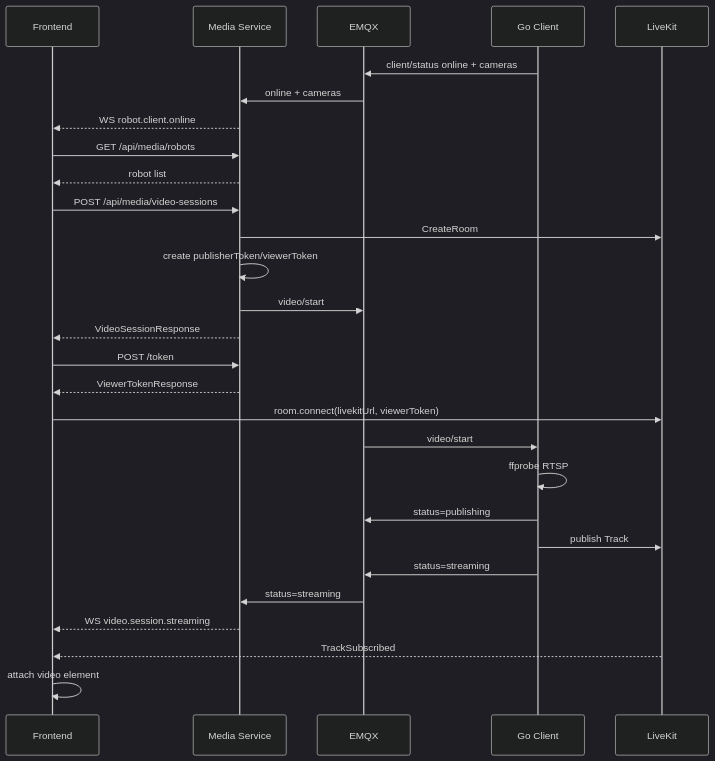
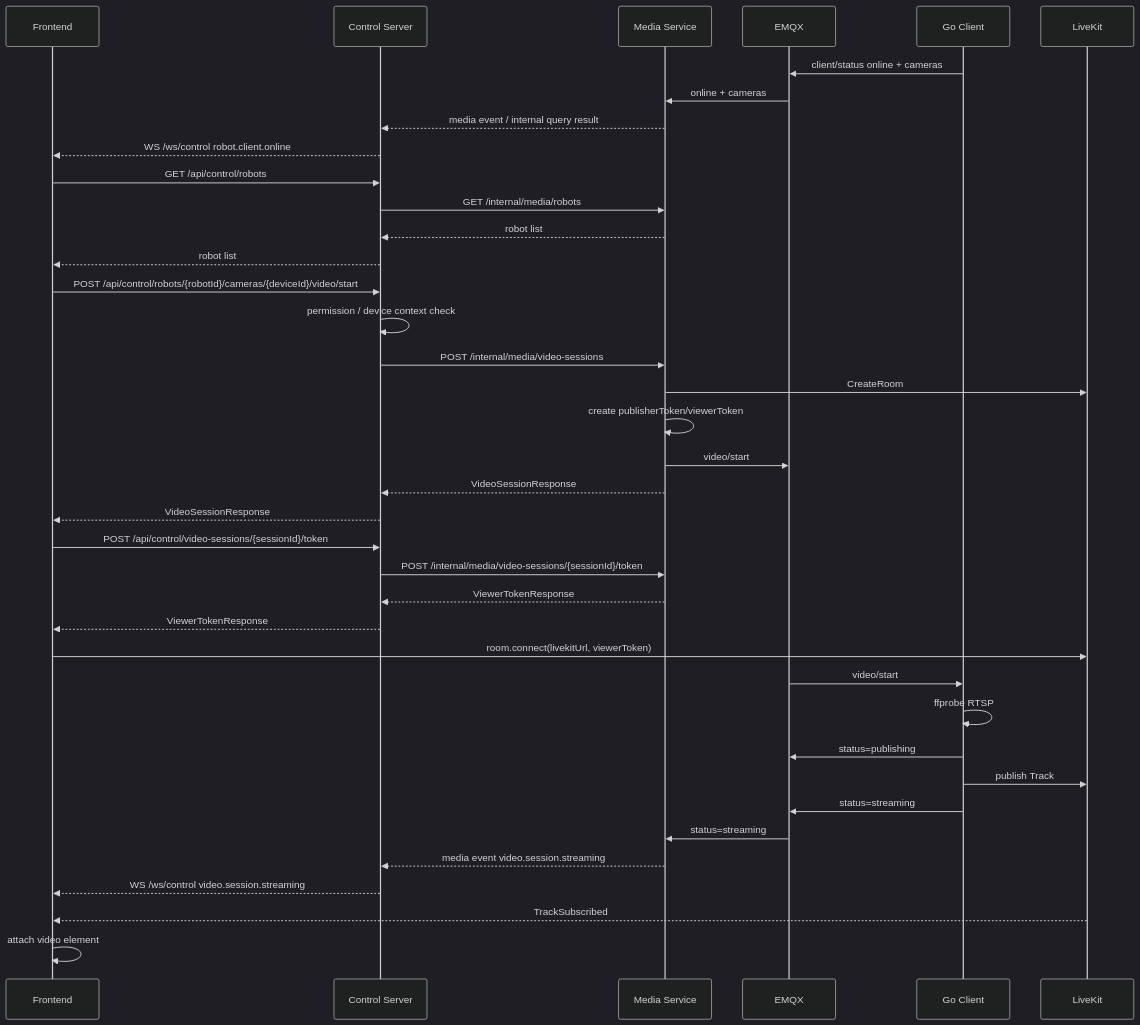
The diagram in docs/realtime-video-interface-flow.md (waleelay/robot), drawn with Mermaid (dark theme) before and after one commit. The commit also changed other lines of this file and 8 other files, not shown here.

````diff
--- a/docs/realtime-video-interface-flow.md
+++ b/docs/realtime-video-interface-flow.md
@@ -1070,34 +1103,44 @@
 ```mermaid
 sequenceDiagram
     participant FE as Frontend
-    participant BE as Media Service
+    participant CS as Control Server
+    participant MS as Media Service
     participant MQ as EMQX
     participant GO as Go Client
     participant LK as LiveKit
 
     GO->>MQ: client/status online + cameras
-    MQ->>BE: online + cameras
-    BE-->>FE: WS robot.client.online
-    FE->>BE: GET /api/media/robots
-    BE-->>FE: robot list
+    MQ->>MS: online + cameras
+    MS-->>CS: media event / internal query result
+    CS-->>FE: WS /ws/control robot.client.online
+    FE->>CS: GET /api/control/robots
+    CS->>MS: GET /internal/media/robots
+    MS-->>CS: robot list
+    CS-->>FE: robot list
 
-    FE->>BE: POST /api/media/video-sessions
-    BE->>LK: CreateRoom
-    BE->>BE: create publisherToken/viewerToken
-    BE->>MQ: video/start
-    BE-->>FE: VideoSessionResponse
+    FE->>CS: POST /api/control/robots/{robotId}/cameras/{deviceId}/video/start
+    CS->>CS: permission / device context check
+    CS->>MS: POST /internal/media/video-sessions
+    MS->>LK: CreateRoom
+    MS->>MS: create publisherToken/viewerToken
+    MS->>MQ: video/start
+    MS-->>CS: VideoSessionResponse
+    CS-->>FE: VideoSessionResponse
 
-    FE->>BE: POST /token
-    BE-->>FE: ViewerTokenResponse
+    FE->>CS: POST /api/control/video-sessions/{sessionId}/token
+    CS->>MS: POST /internal/media/video-sessions/{sessionId}/token
+    MS-->>CS: ViewerTokenResponse
+    CS-->>FE: ViewerTokenResponse
     FE->>LK: room.connect(livekitUrl, viewerToken)
 
     MQ->>GO: video/start
     GO->>GO: ffprobe RTSP
     GO->>MQ: status=publishing
     GO->>LK: publish Track
     GO->>MQ: status=streaming
-    MQ->>BE: status=streaming
-    BE-->>FE: WS video.session.streaming
+    MQ->>MS: status=streaming
+    MS-->>CS: media event video.session.streaming
+    CS-->>FE: WS /ws/control video.session.streaming
     LK-->>FE: TrackSubscribed
     FE->>FE: attach video element
 ```
````
